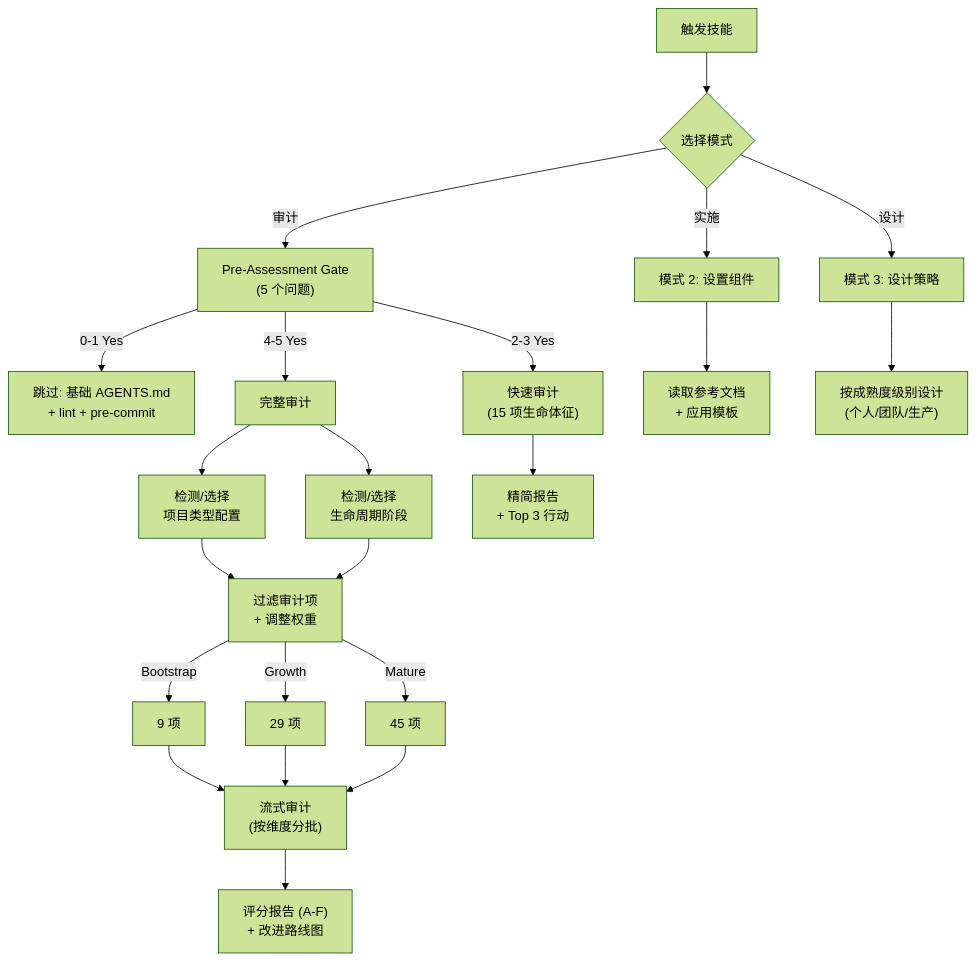
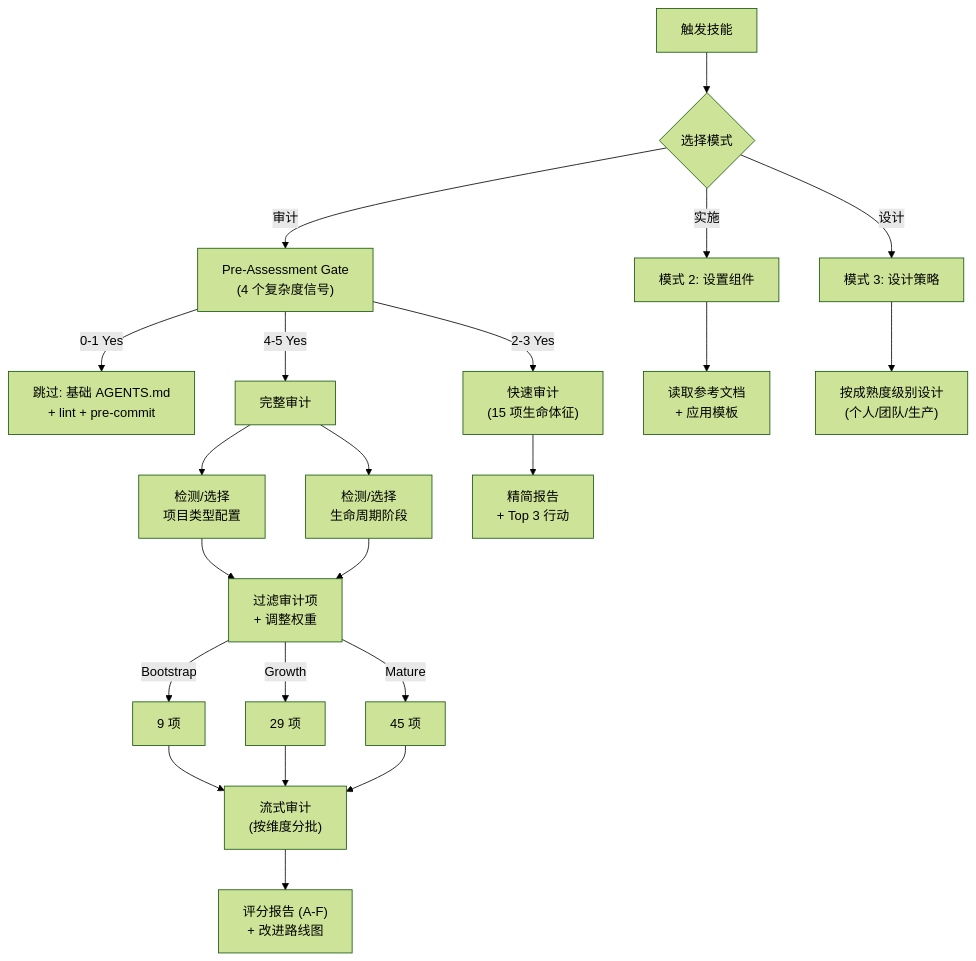
The diagram in harness-engineering-guide/README.zh.md (13luiz/skills), drawn with Mermaid (forest theme) before and after one commit. The commit also changed other lines of this file and 10 other files, not shown here.

````diff
--- a/harness-engineering-guide/README.zh.md
+++ b/harness-engineering-guide/README.zh.md
@@ -47,31 +47,31 @@
 ```mermaid
 flowchart TD
     Start["触发技能"] --> ModeSelect{"选择模式"}
-    ModeSelect -->|"审计"| PreGate["Pre-Assessment Gate\n(5 个问题)"]
+    ModeSelect -->|"审计"| PreGate["Pre-Assessment Gate\n(4 个复杂度信号)"]
     ModeSelect -->|"实施"| Implement["模式 2: 设置组件"]
     ModeSelect -->|"设计"| Design["模式 3: 设计策略"]
 
     PreGate -->|"0-1 Yes"| Skip["跳过: 基础 AGENTS.md\n+ lint + pre-commit"]
     PreGate -->|"2-3 Yes"| QuickAudit["快速审计\n(15 项生命体征)"]
     PreGate -->|"4-5 Yes"| FullRoute["完整审计"]
 
     FullRoute --> DetectProfile["检测/选择\n项目类型配置"]
     FullRoute --> DetectStage["检测/选择\n生命周期阶段"]
 
     DetectProfile --> FilterItems["过滤审计项\n+ 调整权重"]
     DetectStage --> FilterItems
 
     FilterItems -->|"Bootstrap"| Items9["9 项"]
     FilterItems -->|"Growth"| Items29["29 项"]
     FilterItems -->|"Mature"| Items45["45 项"]
 
     Items9 --> StreamAudit["流式审计\n(按维度分批)"]
     Items29 --> StreamAudit
     Items45 --> StreamAudit
 
     StreamAudit --> Report["评分报告 (A-F)\n+ 改进路线图"]
     QuickAudit --> QuickReport["精简报告\n+ Top 3 行动"]
 
     Implement --> RefDocs["读取参考文档\n+ 应用模板"]
     Design --> Maturity["按成熟度级别设计\n(个人/团队/生产)"]
 ```
````
